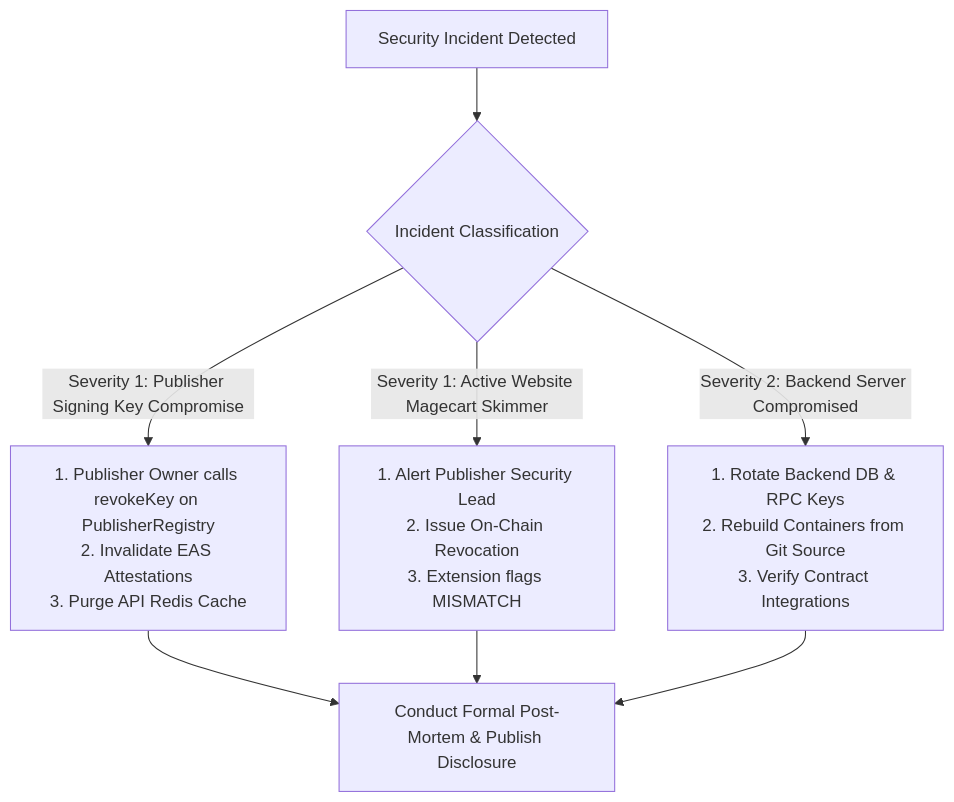
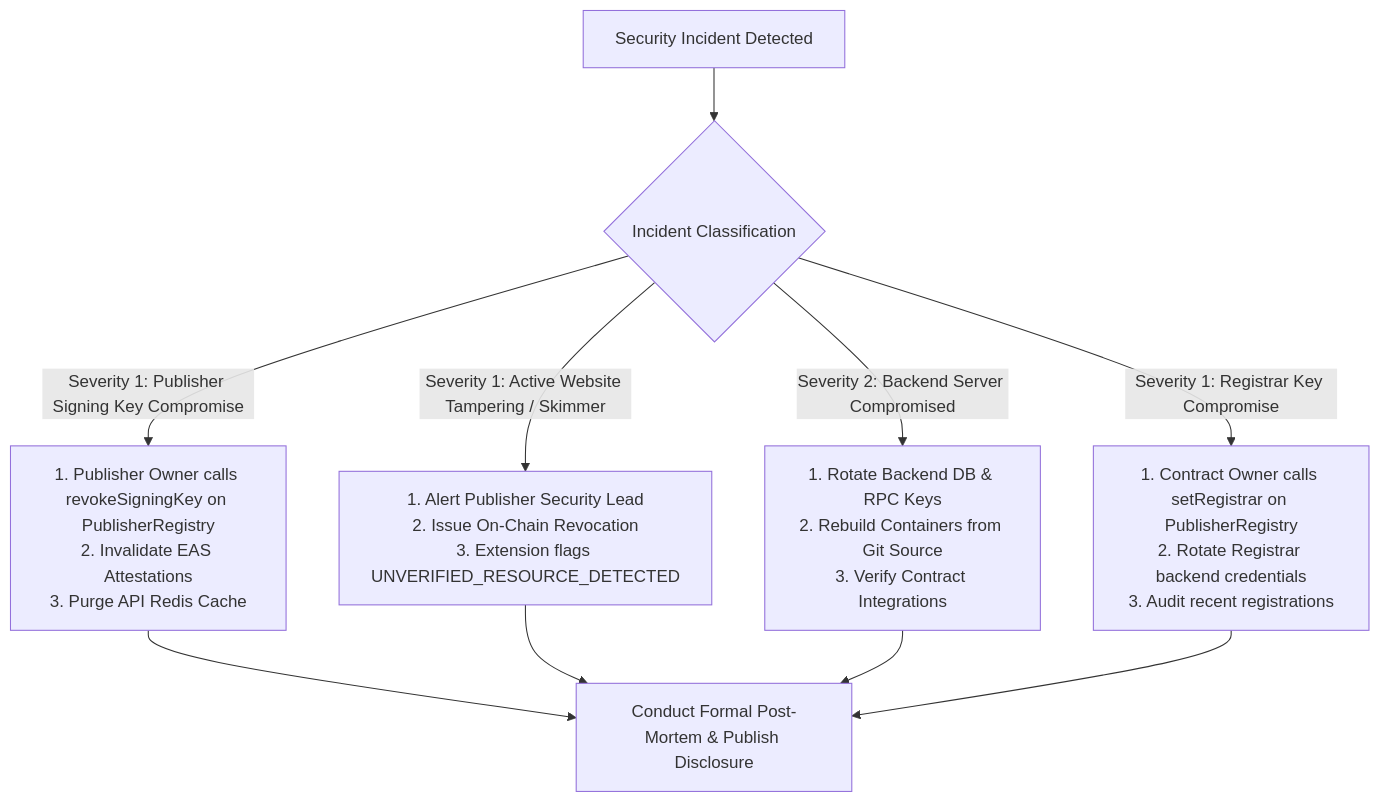
Before and after one commit to MustafaPinjari/LUCENTRA: the diagram in docs/11-security/INCIDENT_RESPONSE.md, drawn with Mermaid. The commit also changed other lines of this file and 181 other files, not shown here.

````diff
--- a/docs/11-security/INCIDENT_RESPONSE.md
+++ b/docs/11-security/INCIDENT_RESPONSE.md
@@ -18,12 +18,14 @@
 ```mermaid
 flowchart TD
     Incident[Security Incident Detected] --> Triage{Incident Classification}
     
-    Triage -- Severity 1: Publisher Signing Key Compromise --> Action1[1. Publisher Owner calls revokeKey on PublisherRegistry<br/>2. Invalidate EAS Attestations<br/>3. Purge API Redis Cache]
-    Triage -- Severity 1: Active Website Magecart Skimmer --> Action2[1. Alert Publisher Security Lead<br/>2. Issue On-Chain Revocation<br/>3. Extension flags MISMATCH]
+    Triage -- Severity 1: Publisher Signing Key Compromise --> Action1[1. Publisher Owner calls revokeSigningKey on PublisherRegistry<br/>2. Invalidate EAS Attestations<br/>3. Purge API Redis Cache]
+    Triage -- Severity 1: Active Website Tampering / Skimmer --> Action2[1. Alert Publisher Security Lead<br/>2. Issue On-Chain Revocation<br/>3. Extension flags UNVERIFIED_RESOURCE_DETECTED]
+    Triage -- Severity 1: Registrar Key Compromise --> Action4[1. Contract Owner calls setRegistrar on PublisherRegistry<br/>2. Rotate Registrar backend credentials<br/>3. Audit recent registrations]
     Triage -- Severity 2: Backend Server Compromised --> Action3[1. Rotate Backend DB & RPC Keys<br/>2. Rebuild Containers from Git Source<br/>3. Verify Contract Integrations]
     
     Action1 --> PostMortem[Conduct Formal Post-Mortem & Publish Disclosure]
     Action2 --> PostMortem
     Action3 --> PostMortem
+    Action4 --> PostMortem
 ```
````
